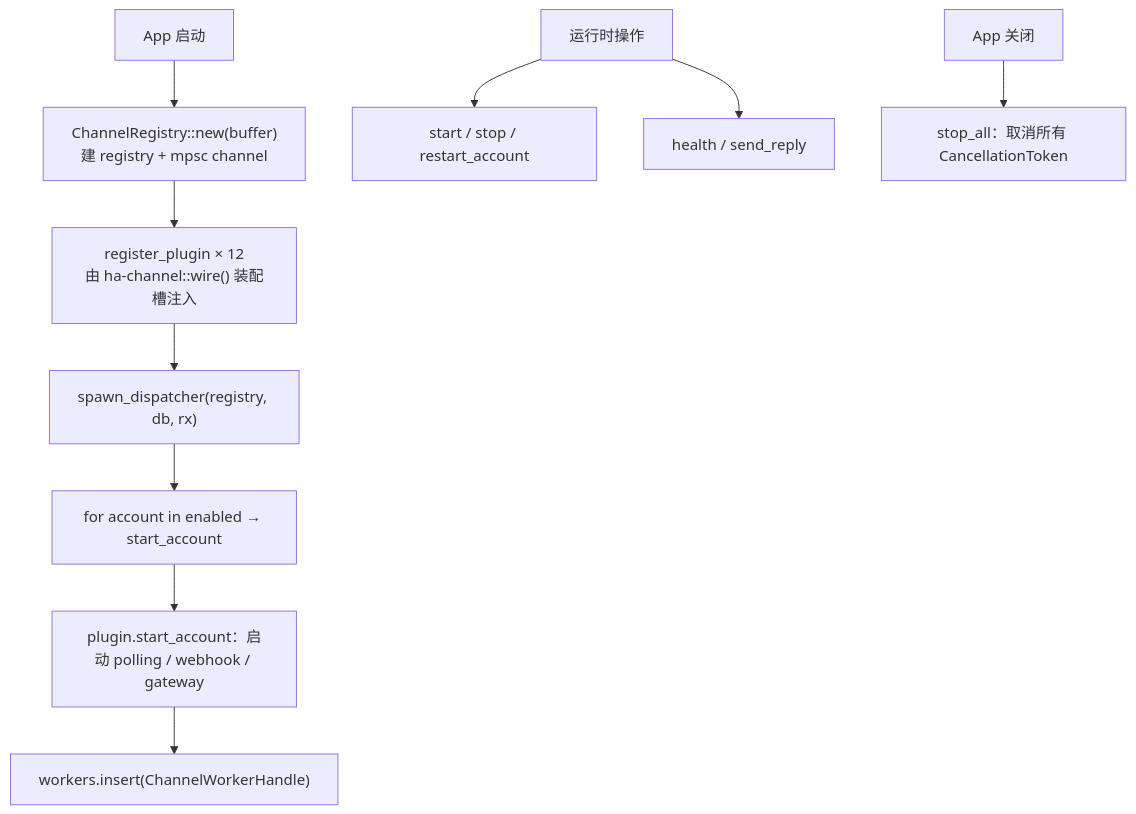
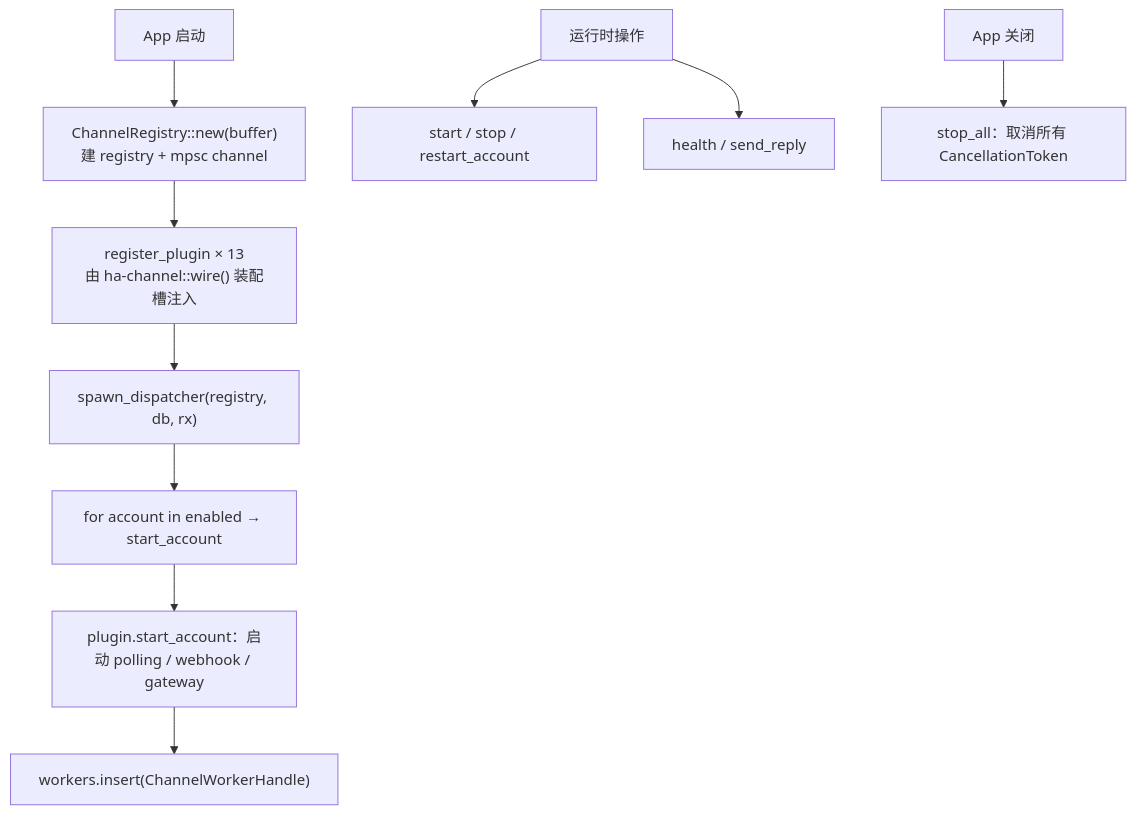
One commit to gabrielmoreira/agent-skills-mirror changed the ninth of 10 diagrams in mirrors/repos/shiwenwen@hope-agent/docs/architecture/integration/im-channel.md. Above: the diagram before and after it, drawn with Mermaid. The commit also changed other lines of this file and 3341 other files, not shown here.

````diff
--- a/mirrors/repos/shiwenwen@hope-agent/docs/architecture/integration/im-channel.md
+++ b/mirrors/repos/shiwenwen@hope-agent/docs/architecture/integration/im-channel.md
@@ -1041,21 +1053,21 @@
 ```mermaid
 flowchart TD
     BOOT["App 启动"]
     NEW["ChannelRegistry::new(buffer)<br/>建 registry + mpsc channel"]
-    REG["register_plugin × 12<br/>由 ha-channel::wire() 装配槽注入"]
+    REG["register_plugin × 13<br/>由 ha-channel::wire() 装配槽注入"]
     SPAWN["spawn_dispatcher(registry, db, rx)"]
     START["for account in enabled → start_account"]
     P1["plugin.start_account：启动 polling / webhook / gateway"]
     P2["workers.insert(ChannelWorkerHandle)"]
     BOOT --> NEW --> REG --> SPAWN --> START --> P1 --> P2
 
     RUN["运行时操作"]
     R1["start / stop / restart_account"]
     R2["health / send_reply"]
     RUN --> R1
     RUN --> R2
 
     SHUT["App 关闭"]
     STOP["stop_all：取消所有 CancellationToken"]
     SHUT --> STOP
 ```
````
